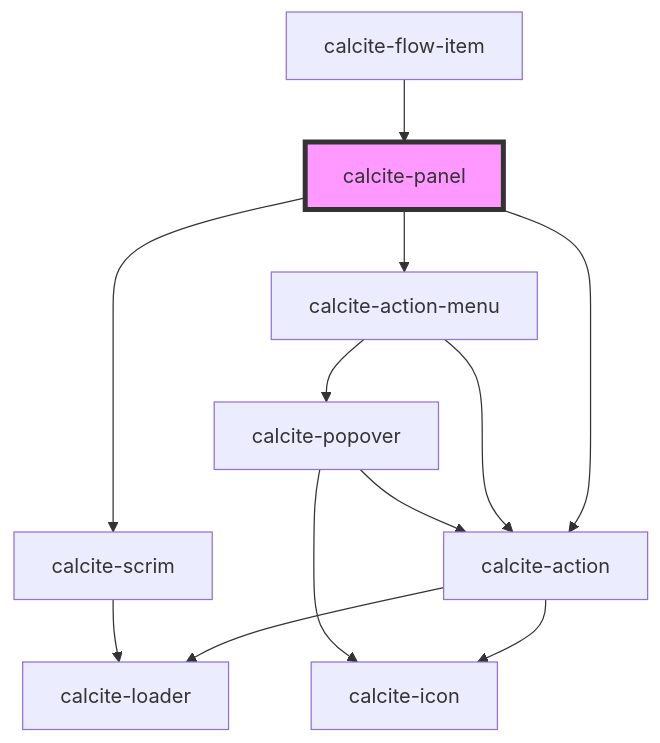
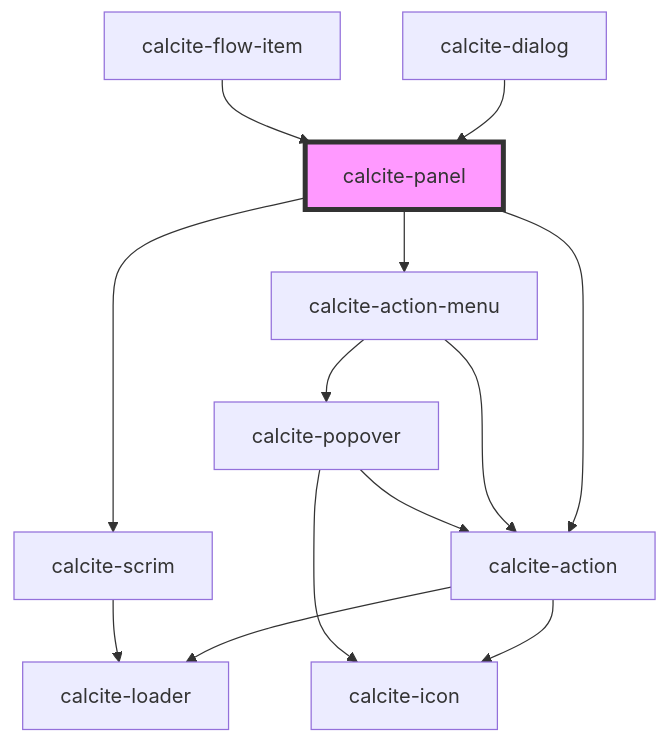
The diagram in packages/calcite-components/src/components/panel/readme.md (Esri/calcite-design-system), drawn with Mermaid before and after one commit. The commit also changed other lines of this file and 7 other files, not shown here.

````diff
--- a/packages/calcite-components/src/components/panel/readme.md
+++ b/packages/calcite-components/src/components/panel/readme.md
@@ -100,15 +101,16 @@
 ```mermaid
 graph TD;
   calcite-panel --> calcite-action
   calcite-panel --> calcite-action-menu
   calcite-panel --> calcite-scrim
   calcite-action --> calcite-loader
   calcite-action --> calcite-icon
   calcite-action-menu --> calcite-action
   calcite-action-menu --> calcite-popover
   calcite-popover --> calcite-action
   calcite-popover --> calcite-icon
   calcite-scrim --> calcite-loader
+  calcite-dialog --> calcite-panel
   calcite-flow-item --> calcite-panel
   style calcite-panel fill:#f9f,stroke:#333,stroke-width:4px
 ```
````
